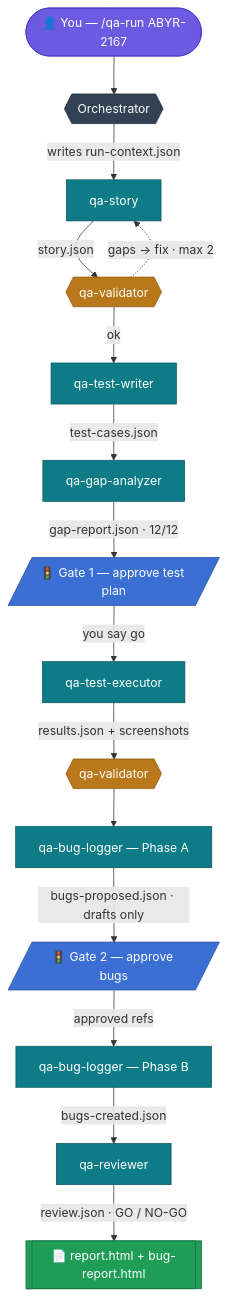
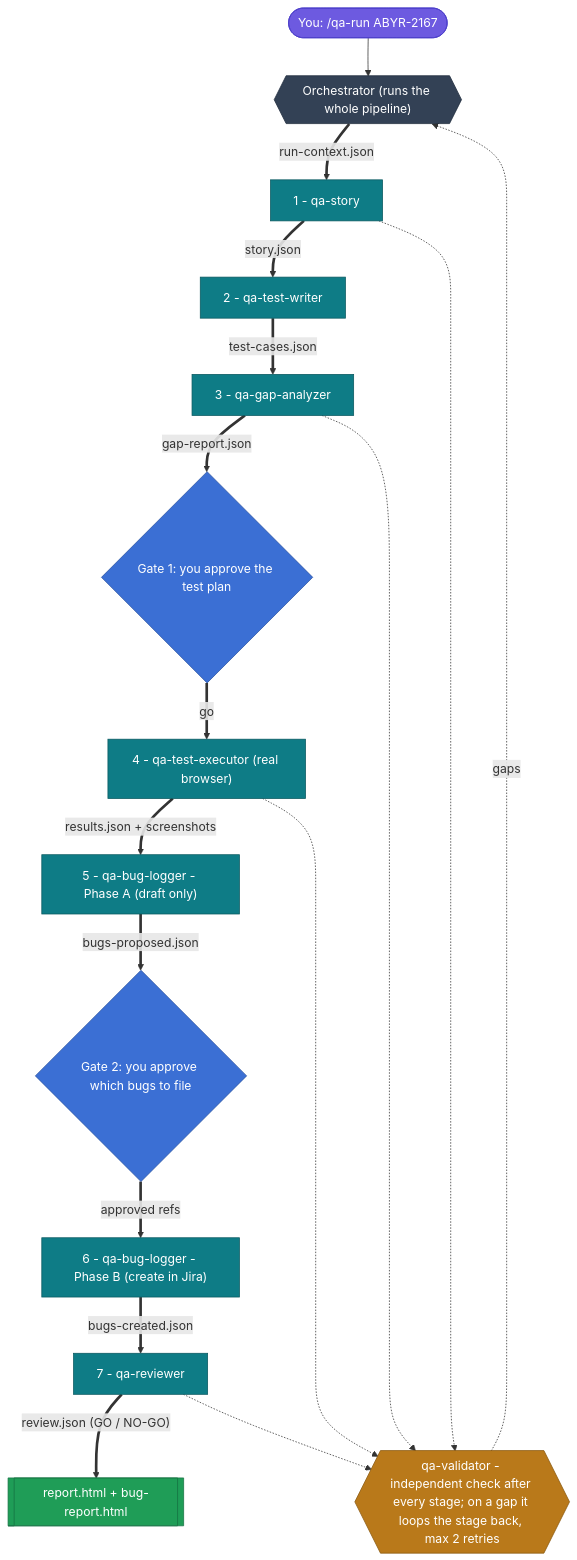
One commit to UsamaArshadJadoon/ManualTestingAgent changed the diagram in README.md. Above: the diagram before and after it, drawn with Mermaid. The commit also changed other lines of this file, not shown here.

Commit message:
docs: clearer Mermaid workflow diagram + link to interactive animated diagram

````diff
--- a/README.md
+++ b/README.md
@@ -25,24 +27,29 @@
 ```mermaid
 flowchart TD
-    U([👤 You — /qa-run ABYR-2167]):::you --> ORCH{{Orchestrator}}:::orch
-    ORCH -->|writes run-context.json| S1[qa-story]:::agent
-    S1 -->|story.json| V1{{qa-validator}}:::val
-    V1 -.->|gaps → fix · max 2| S1
-    V1 -->|ok| S2[qa-test-writer]:::agent
-    S2 -->|test-cases.json| S3[qa-gap-analyzer]:::agent
-    S3 -->|gap-report.json · 12/12| G1[/🚦 Gate 1 — approve test plan/]:::gate
-    G1 -->|you say go| S4[qa-test-executor]:::agent
-    S4 -->|results.json + screenshots| V2{{qa-validator}}:::val
-    V2 --> S5A[qa-bug-logger — Phase A]:::agent
-    S5A -->|bugs-proposed.json · drafts only| G2[/🚦 Gate 2 — approve bugs/]:::gate
-    G2 -->|approved refs| S5B[qa-bug-logger — Phase B]:::agent
-    S5B -->|bugs-created.json| S6[qa-reviewer]:::agent
-    S6 -->|review.json · GO / NO-GO| R[[📄 report.html + bug-report.html]]:::report
+    U(["You: /qa-run ABYR-2167"]):::you
+    U --> ORCH{{"Orchestrator (runs the whole pipeline)"}}:::orch
+    ORCH == run-context.json ==> S1["1 - qa-story"]:::agent
+    S1 == story.json ==> S2["2 - qa-test-writer"]:::agent
+    S2 == test-cases.json ==> S3["3 - qa-gap-analyzer"]:::agent
+    S3 == gap-report.json ==> G1{"Gate 1: you approve the test plan"}:::gate
+    G1 == go ==> S4["4 - qa-test-executor (real browser)"]:::agent
+    S4 == "results.json + screenshots" ==> S5A["5 - qa-bug-logger - Phase A (draft only)"]:::agent
+    S5A == bugs-proposed.json ==> G2{"Gate 2: you approve which bugs to file"}:::gate
+    G2 == approved refs ==> S5B["6 - qa-bug-logger - Phase B (create in Jira)"]:::agent
+    S5B == bugs-created.json ==> S6["7 - qa-reviewer"]:::agent
+    S6 == "review.json (GO / NO-GO)" ==> R[["report.html + bug-report.html"]]:::report
+
+    VAL{{"qa-validator - independent check after every stage; on a gap it loops the stage back, max 2 retries"}}:::val
+    S1 -.-> VAL
+    S3 -.-> VAL
+    S4 -.-> VAL
+    S6 -.-> VAL
+    VAL -. gaps .-> ORCH
 
     classDef you fill:#6d5ae0,stroke:#4b3ec9,color:#fff;
     classDef orch fill:#334155,stroke:#1e293b,color:#fff;
     classDef agent fill:#0e7c86,stroke:#0a5960,color:#fff;
     classDef val fill:#b9791a,stroke:#8a5a12,color:#fff;
     classDef gate fill:#3b6fd4,stroke:#2a52a0,color:#fff;
     classDef report fill:#1f9d57,stroke:#167243,color:#fff;
 ```
````
